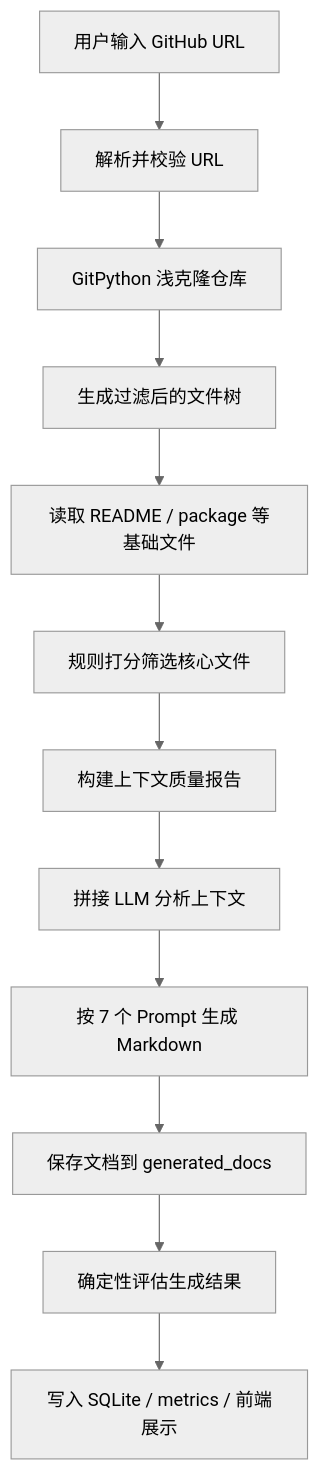
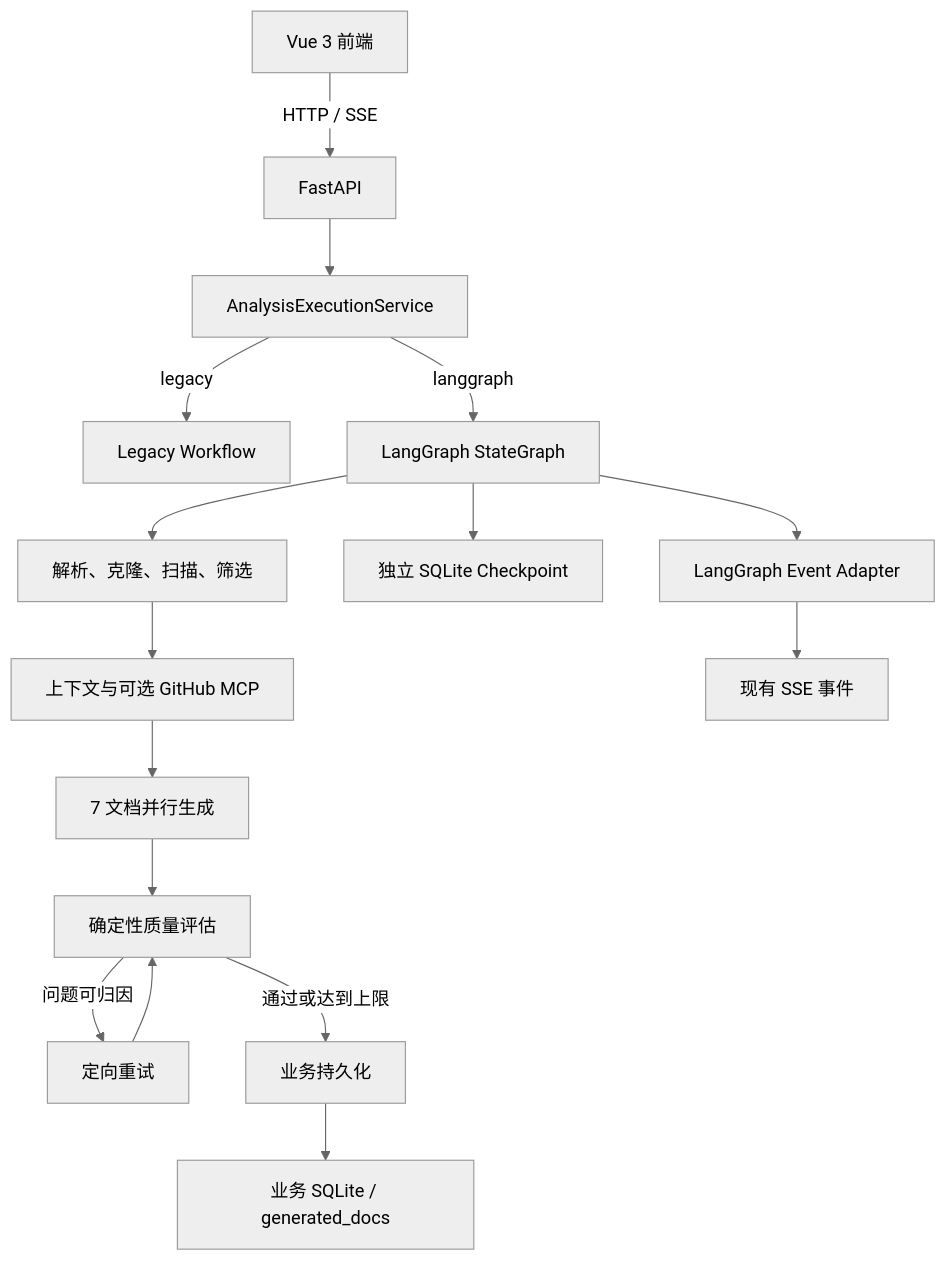
One commit to mabataki-ditto/CodebaseCoach changed the diagram in README.md. Above: the diagram before and after it, drawn with Mermaid (neutral theme). The commit also changed other lines of this file and 22 other files, not shown here.

````diff
--- a/README.md
+++ b/README.md
@@ -107,14 +117,18 @@
 ```mermaid
 flowchart TD
-  A["用户输入 GitHub URL"] --> B["解析并校验 URL"]
-  B --> C["GitPython 浅克隆仓库"]
-  C --> D["生成过滤后的文件树"]
-  D --> E["读取 README / package 等基础文件"]
-  E --> F["规则打分筛选核心文件"]
-  F --> G["构建上下文质量报告"]
-  G --> H["拼接 LLM 分析上下文"]
-  H --> I["按 7 个 Prompt 生成 Markdown"]
-  I --> J["保存文档到 generated_docs"]
-  J --> K["确定性评估生成结果"]
-  K --> L["写入 SQLite / metrics / 前端展示"]
+  A["Vue 3 前端"] -->|"HTTP / SSE"| B["FastAPI"]
+  B --> C["AnalysisExecutionService"]
+  C -->|"legacy"| D["Legacy Workflow"]
+  C -->|"langgraph"| E["LangGraph StateGraph"]
+  E --> F["解析、克隆、扫描、筛选"]
+  F --> G["上下文与可选 GitHub MCP"]
+  G --> H["7 文档并行生成"]
+  H --> I["确定性质量评估"]
+  I -->|"问题可归因"| J["定向重试"]
+  J --> I
+  I -->|"通过或达到上限"| K["业务持久化"]
+  E --> L["独立 SQLite Checkpoint"]
+  E --> M["LangGraph Event Adapter"]
+  M --> N["现有 SSE 事件"]
+  K --> O["业务 SQLite / generated_docs"]
 ```
````
